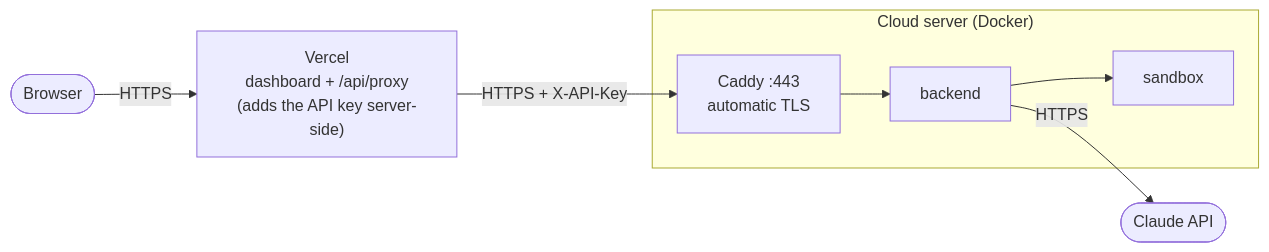
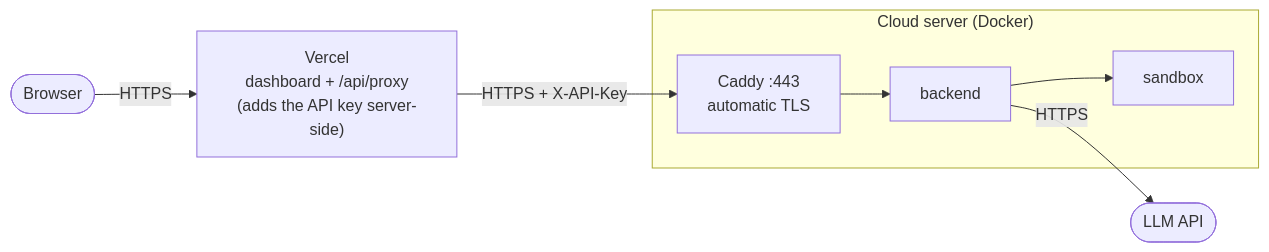
Before and after one commit to itshaithem/AD-police-hackathon: the fifth of 5 diagrams in README.md, drawn with Mermaid. The commit also changed other lines of this file and 12 other files, not shown here.

First line of the commit message:
Vercel-only demo mode; README: generic LLM wording, roadmap, team

````diff
--- a/README.md
+++ b/README.md
@@ -321,9 +321,9 @@
 ```mermaid
 flowchart LR
     U(["Browser"]) -->|HTTPS| V["Vercel<br/>dashboard + /api/proxy<br/>(adds the API key server-side)"]
     V -->|"HTTPS + X-API-Key"| C["Caddy :443<br/>automatic TLS"]
     subgraph S["Cloud server (Docker)"]
         C --> B["backend"] --> X["sandbox"]
     end
-    B -->|"HTTPS"| A(["Claude API"])
+    B -->|"HTTPS"| A(["LLM API"])
 ```
````
